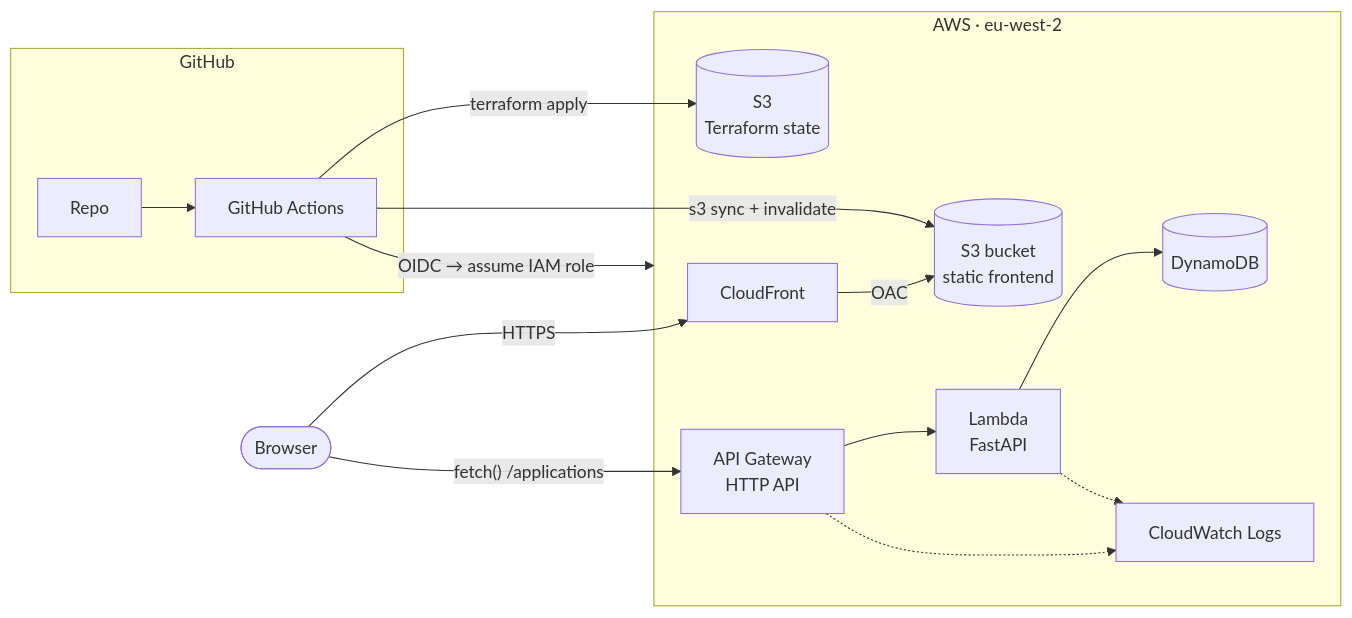
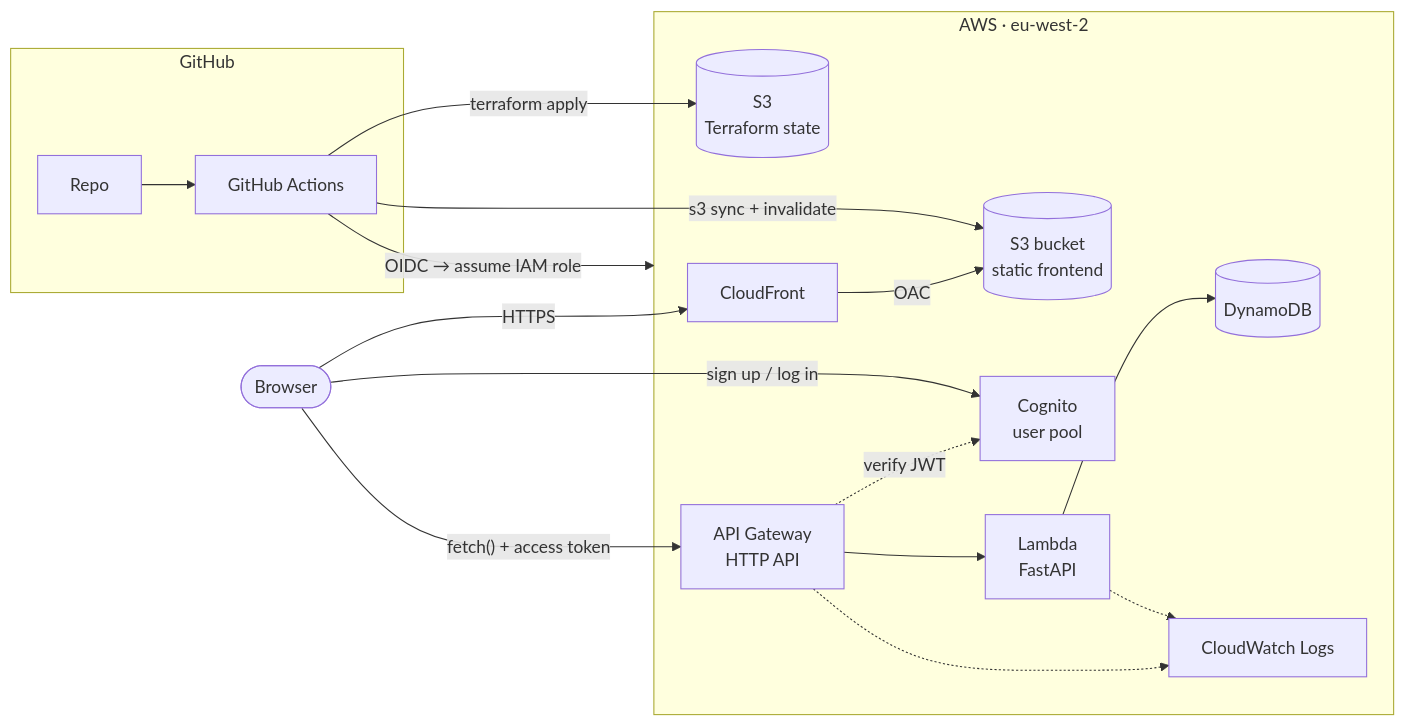
The diagram in README.md (Zackary142/job-application-tracker), drawn with Mermaid before and after one commit. The commit also changed other lines of this file and 14 other files, not shown here.

Commit message:
add cognito login - per user data, jwt authorizer on the api

````diff
--- a/README.md
+++ b/README.md
@@ -11,30 +13,33 @@
 ```mermaid
 flowchart LR
     user([Browser])
 
     subgraph aws [AWS · eu-west-2]
         cf[CloudFront]
         s3[(S3 bucket<br/>static frontend)]
         apigw[API Gateway<br/>HTTP API]
         lambda[Lambda<br/>FastAPI]
         ddb[(DynamoDB)]
+        cognito[Cognito<br/>user pool]
         cw[CloudWatch Logs]
         state[(S3<br/>Terraform state)]
     end
 
     subgraph gh [GitHub]
         repo[Repo] --> actions[GitHub Actions]
     end
 
     user -- HTTPS --> cf
     cf -- OAC --> s3
-    user -- "fetch() /applications" --> apigw
+    user -- "sign up / log in" --> cognito
+    user -- "fetch() + access token" --> apigw
+    apigw -. "verify JWT" .-> cognito
     apigw --> lambda
     lambda --> ddb
     lambda -.-> cw
     apigw -.-> cw
 
     actions -- "OIDC → assume IAM role" --> aws
     actions -- terraform apply --> state
     actions -- "s3 sync + invalidate" --> s3
 ```
````
